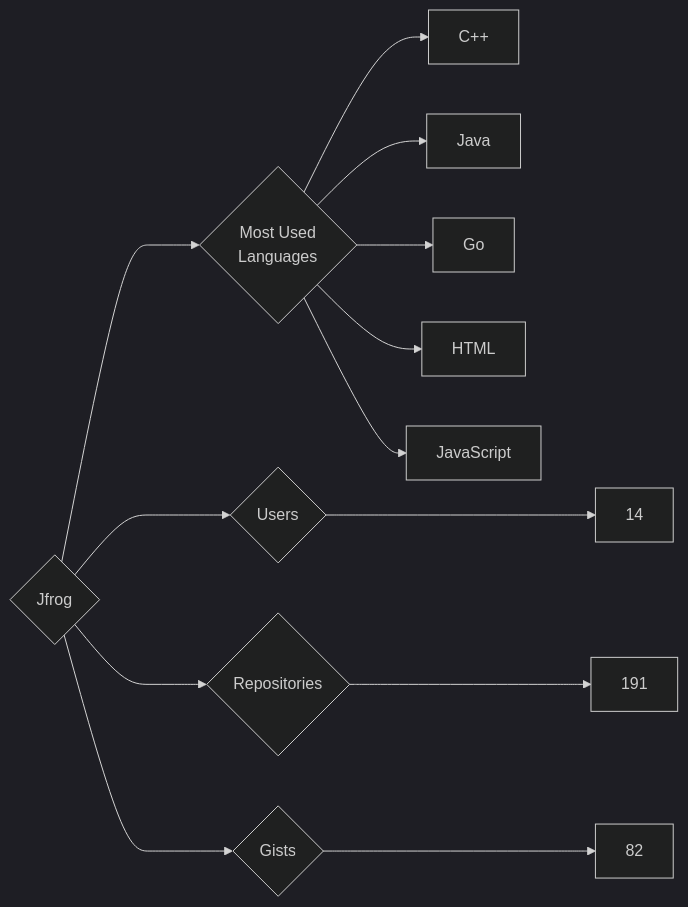
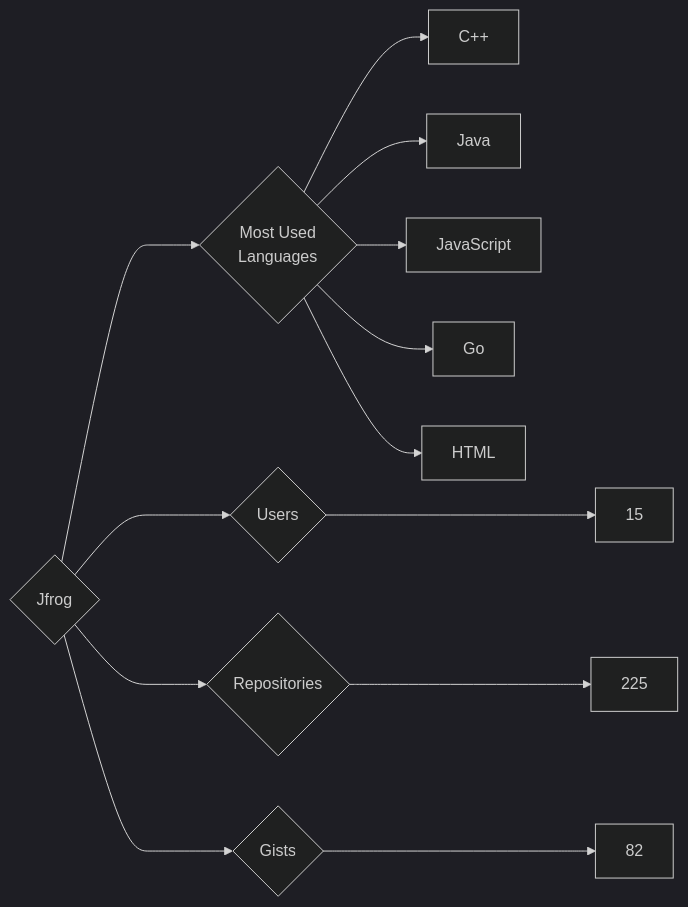
The diagram in targets/Jfrog/README.md (trickest/insiders), drawn with Mermaid (dark theme) before and after one commit. The commit also changed 1195 other files, not shown here.

````diff
--- a/targets/Jfrog/README.md
+++ b/targets/Jfrog/README.md
@@ -3,13 +3,13 @@
 ```mermaid
 graph LR
 COMPANY_NAME{Jfrog}
-COMPANY_NAME ---> U{Users} ---> UN[14]
-COMPANY_NAME ---> R{Repositories} ---> RN[191]
+COMPANY_NAME ---> U{Users} ---> UN[15]
+COMPANY_NAME ---> R{Repositories} ---> RN[225]
 COMPANY_NAME ---> G{Gists} ---> GN[82]
 COMPANY_NAME ---> ML{Most Used<br>Languages}
 ML --> C++[C++]
 ML --> Java[Java]
+ML --> JavaScript[JavaScript]
 ML --> Go[Go]
 ML --> HTML[HTML]
-ML --> JavaScript[JavaScript]
 ```
````
